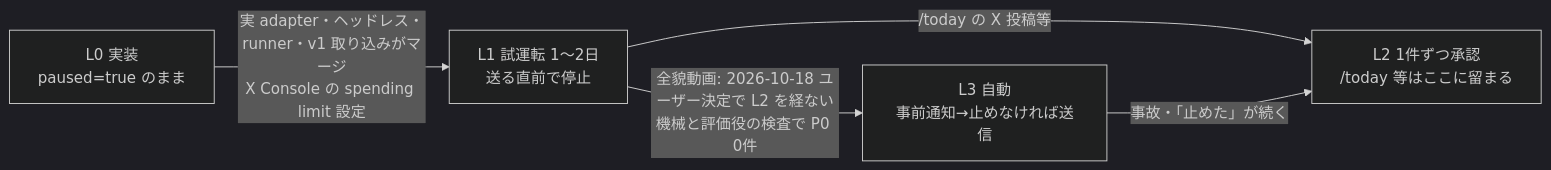
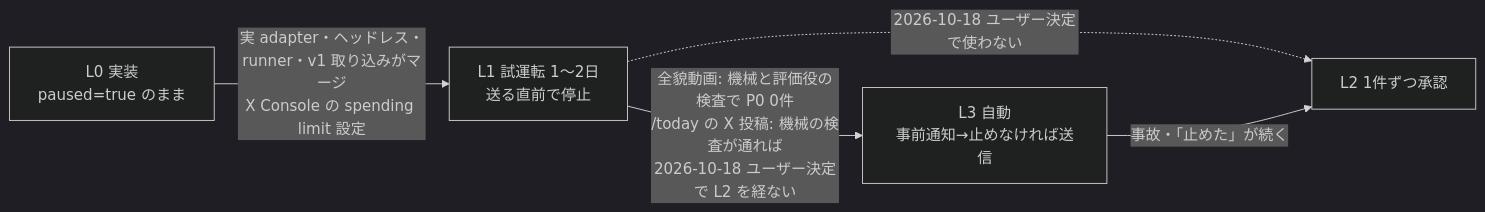
Before and after one commit to rhapsody0919/boatrace-ai-predictor: the second of 2 diagrams in docs/design/sns-pdca-loop/spec.md, drawn with Mermaid (dark theme). The commit also changed other lines of this file and 6 other files, not shown here.

````diff
--- a/docs/design/sns-pdca-loop/spec.md
+++ b/docs/design/sns-pdca-loop/spec.md
@@ -93,7 +93,7 @@
 ```mermaid
 flowchart LR
   L0[L0 実装<br/>paused=true のまま] -->|実 adapter・ヘッドレス・runner・v1 取り込みがマージ<br/>X Console の spending limit 設定| L1[L1 試運転 1〜2日<br/>送る直前で停止]
-  L1 -->|/today の X 投稿等| L2[L2 1件ずつ承認<br/>/today 等はここに留まる]
-  L1 -->|全貌動画: 2026-10-18 ユーザー決定で L2 を経ない<br/>機械と評価役の検査で P0 0件| L3[L3 自動<br/>事前通知→止めなければ送信]
+  L1 -.->|2026-10-18 ユーザー決定で使わない| L2[L2 1件ずつ承認]
+  L1 -->|全貌動画: 機械と評価役の検査で P0 0件<br/>/today の X 投稿: 機械の検査が通れば<br/>2026-10-18 ユーザー決定で L2 を経ない| L3[L3 自動<br/>事前通知→止めなければ送信]
   L3 -->|事故・「止めた」が続く| L2
 ```
````
